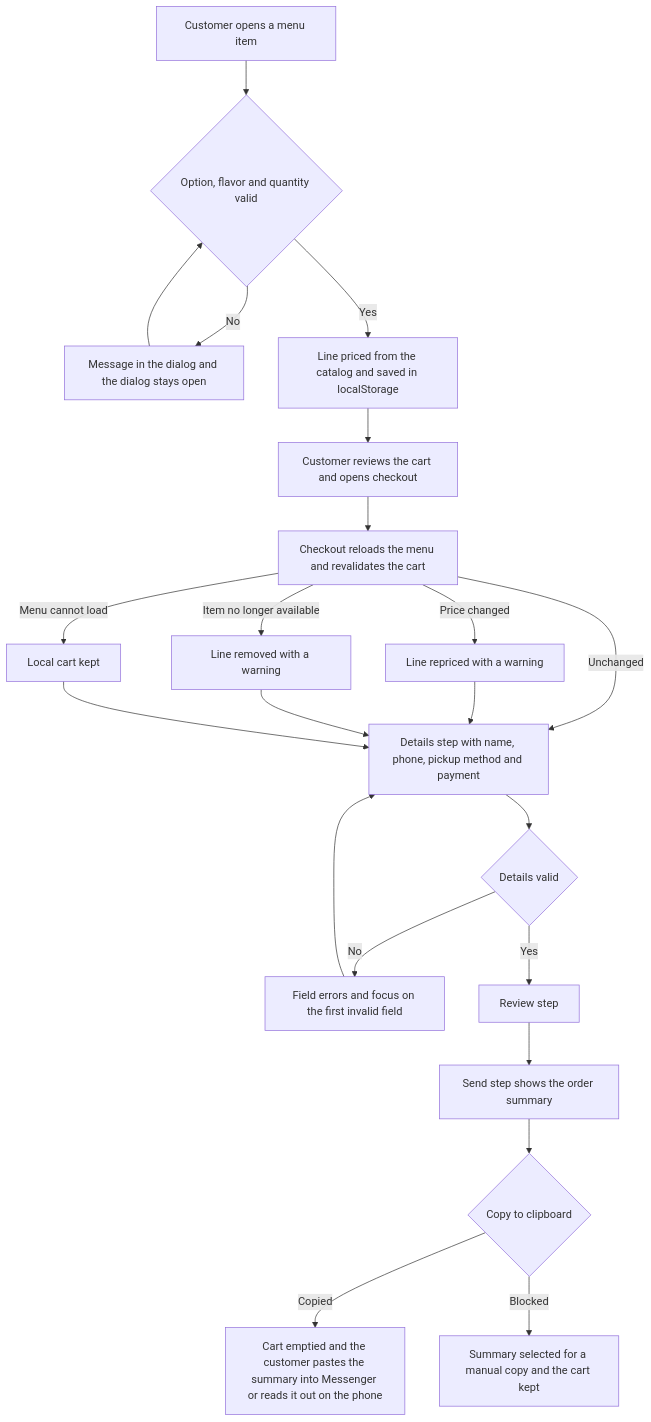
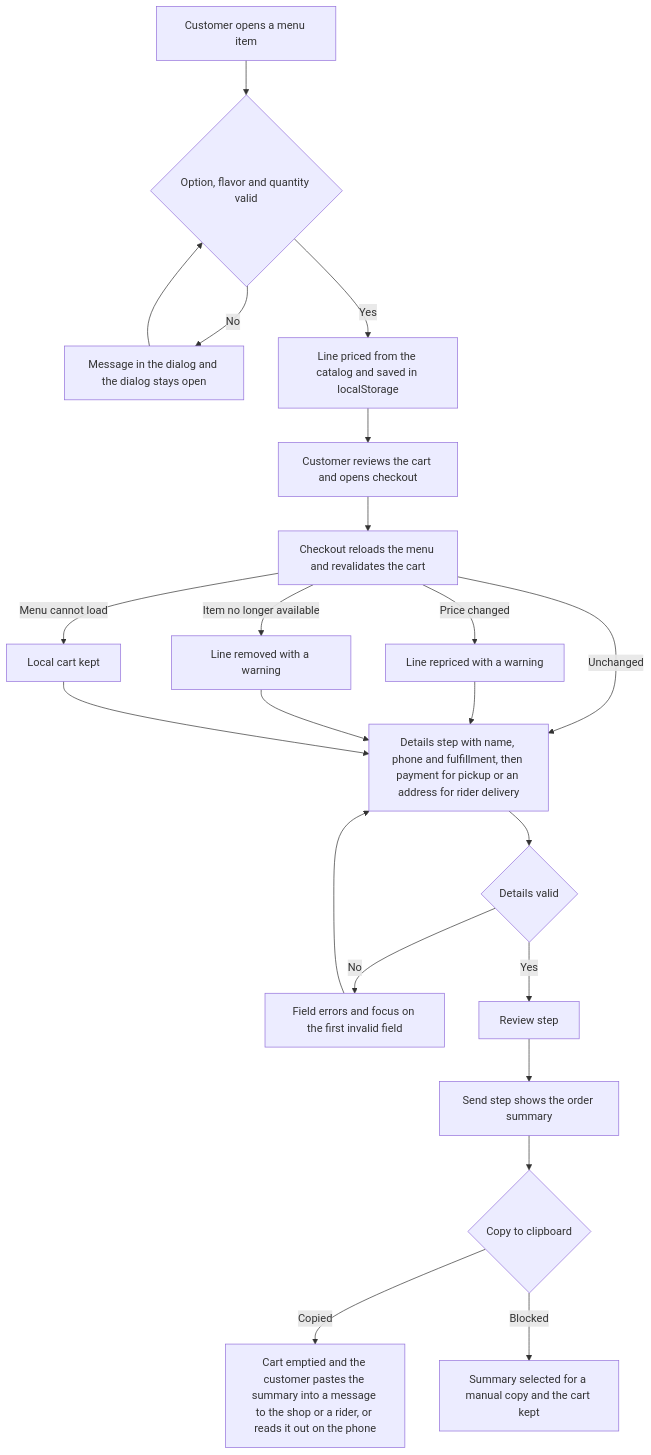
One commit to eendor/Brew-ni-Cat-Connect changed the eighth of 8 diagrams in docs/execution-paths.md. Above: the diagram before and after it, drawn with Mermaid. The commit also changed other lines of this file and 32 other files, not shown here.

````diff
--- a/docs/execution-paths.md
+++ b/docs/execution-paths.md
@@ -363,24 +363,24 @@
 ```mermaid
 flowchart TD
     A[Customer opens a menu item] --> B{Option, flavor and quantity valid}
     B -- No --> B1[Message in the dialog and the dialog stays open]
     B1 --> B
     B -- Yes --> C[Line priced from the catalog and saved in localStorage]
     C --> D[Customer reviews the cart and opens checkout]
     D --> E[Checkout reloads the menu and revalidates the cart]
     E -->|Price changed| E1[Line repriced with a warning]
     E -->|Item no longer available| E2[Line removed with a warning]
     E -->|Menu cannot load| E3[Local cart kept]
-    E -->|Unchanged| F[Details step with name, phone, pickup method and payment]
+    E -->|Unchanged| F[Details step with name, phone and fulfillment, then payment for pickup or an address for rider delivery]
     E1 --> F
     E2 --> F
     E3 --> F
     F --> G{Details valid}
     G -- No --> G1[Field errors and focus on the first invalid field]
     G1 --> F
     G -- Yes --> H[Review step]
     H --> I[Send step shows the order summary]
     I --> J{Copy to clipboard}
-    J -- Copied --> K[Cart emptied and the customer pastes the summary into Messenger or reads it out on the phone]
+    J -- Copied --> K[Cart emptied and the customer pastes the summary into a message to the shop or a rider, or reads it out on the phone]
     J -- Blocked --> L[Summary selected for a manual copy and the cart kept]
 ```
````
